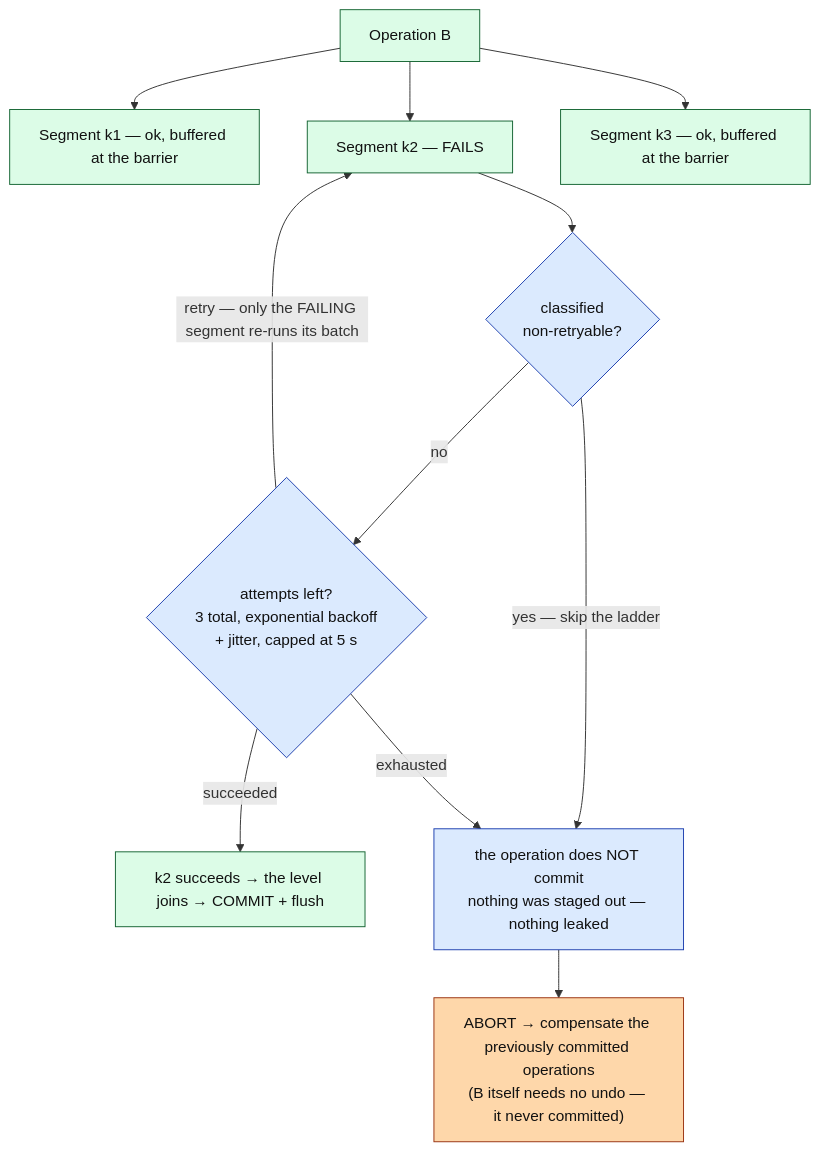
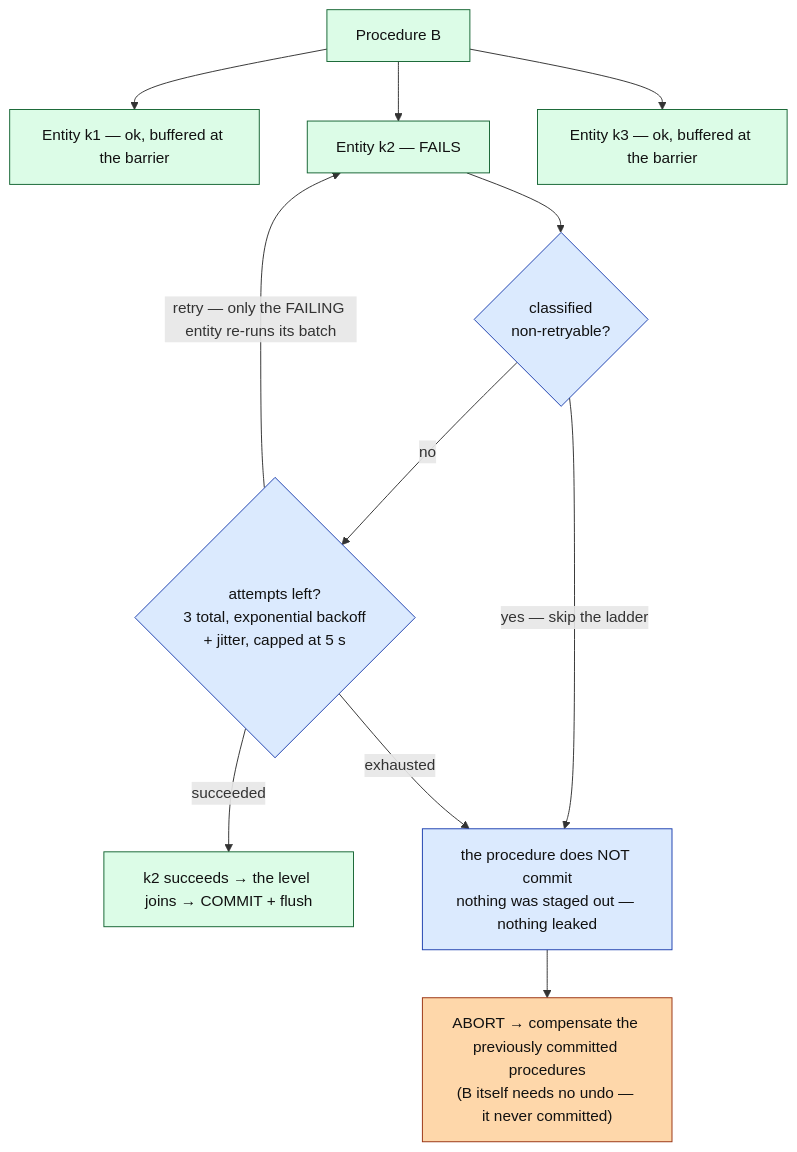
Before and after one commit to Flezha/flezha: the fourth of 8 diagrams in docs/architecture/bounded_profile.md, drawn with Mermaid. The commit also changed other lines of this file and 658 other files, not shown here.

````diff
--- a/docs/architecture/bounded_profile.md
+++ b/docs/architecture/bounded_profile.md
@@ -185,27 +185,27 @@
 ```mermaid
 flowchart TB
-    B["Operation B"]:::exec
-    K1["Segment k1 — ok, buffered at the barrier"]:::exec
-    K2["Segment k2 — FAILS"]:::exec
-    K3["Segment k3 — ok, buffered at the barrier"]:::exec
+    B["Procedure B"]:::exec
+    K1["Entity k1 — ok, buffered at the barrier"]:::exec
+    K2["Entity k2 — FAILS"]:::exec
+    K3["Entity k3 — ok, buffered at the barrier"]:::exec
     RT{"attempts left?<br/>3 total, exponential backoff<br/>+ jitter, capped at 5 s"}:::ctrl
     NR{"classified<br/>non-retryable?"}:::ctrl
     OK["k2 succeeds → the level joins → COMMIT + flush"]:::exec
-    FAIL["the operation does NOT commit<br/>nothing was staged out — nothing leaked"]:::ctrl
-    ABORT["ABORT → compensate the previously committed operations<br/>(B itself needs no undo — it never committed)"]:::sink
+    FAIL["the procedure does NOT commit<br/>nothing was staged out — nothing leaked"]:::ctrl
+    ABORT["ABORT → compensate the previously committed procedures<br/>(B itself needs no undo — it never committed)"]:::sink
 
     B --> K1
     B --> K2
     B --> K3
     K2 --> NR
     NR -->|"yes — skip the ladder"| FAIL
     NR -->|"no"| RT
-    RT -->|"retry — only the FAILING segment re-runs its batch"| K2
+    RT -->|"retry — only the FAILING entity re-runs its batch"| K2
     RT -->|"succeeded"| OK
     RT -->|"exhausted"| FAIL
     FAIL --> ABORT
 
     classDef ctrl fill:#dbeafe,stroke:#1e40af,color:#111
     classDef exec fill:#dcfce7,stroke:#166534,color:#111
     classDef sink fill:#fed7aa,stroke:#9a3412,color:#111
 ```
````
